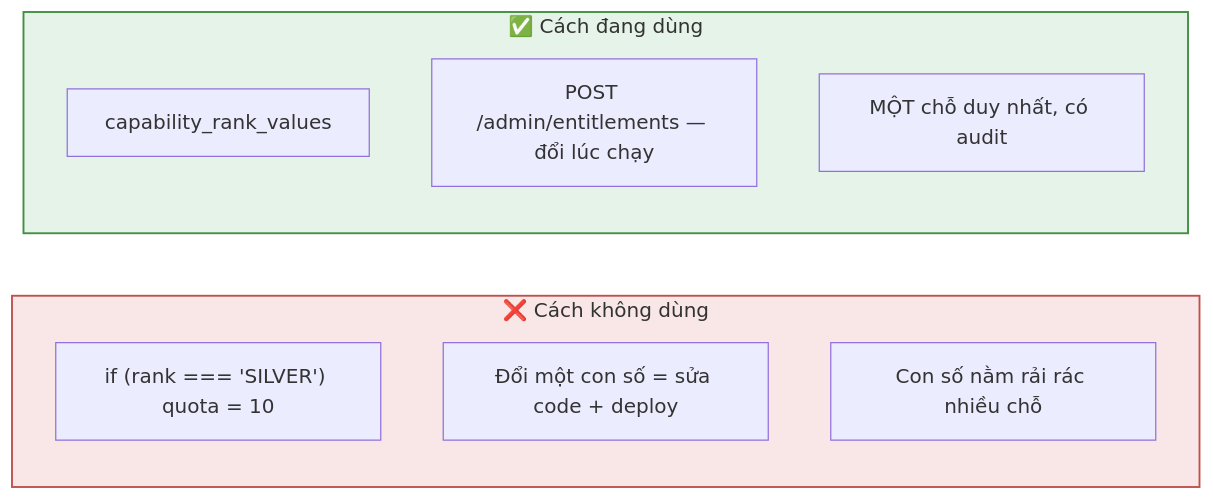
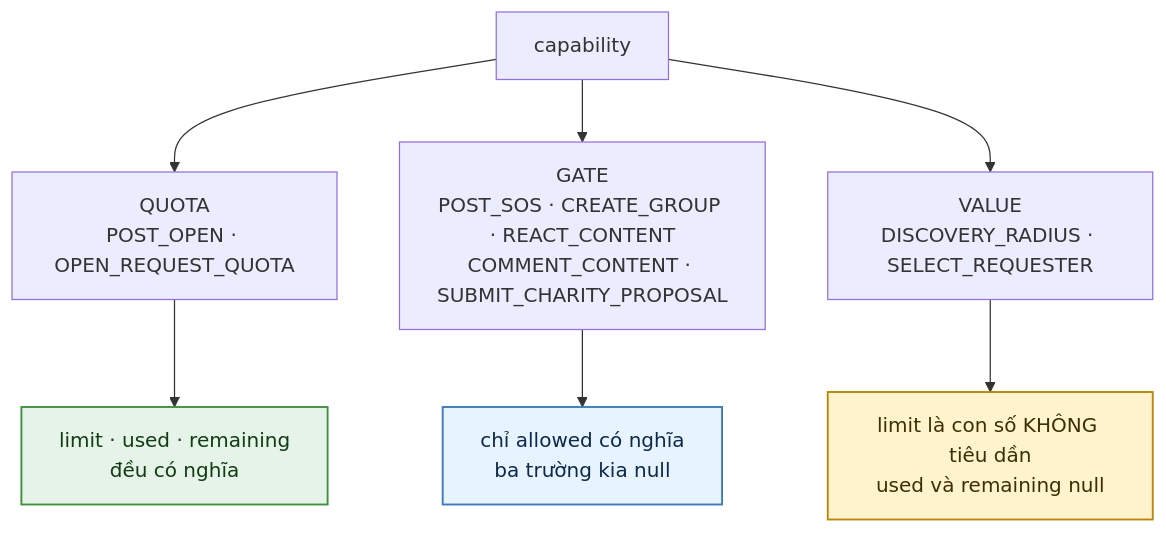
The second of 5 diagrams in docs/diagram/24-entitlement.md (fdshn/trueheart), drawn with Mermaid before and after one commit. The commit also changed other lines of this file and 26 other files, not shown here.

````diff
--- a/docs/diagram/24-entitlement.md
+++ b/docs/diagram/24-entitlement.md
@@ -23,16 +44,14 @@
 ```mermaid
-flowchart LR
-    subgraph X["❌ Cách không dùng"]
-        A1["if (rank === 'SILVER') quota = 10"]
-        A2["Đổi một con số = sửa code + deploy"]
-        A3["Con số nằm rải rác nhiều chỗ"]
-    end
-    subgraph Y["✅ Cách đang dùng"]
-        B1["capability_rank_values"]
-        B2["POST /admin/entitlements — đổi lúc chạy"]
-        B3["MỘT chỗ duy nhất, có audit"]
-    end
+flowchart TD
+    A["capability"] --> Q["QUOTA<br/>POST_OPEN · OPEN_REQUEST_QUOTA"]
+    A --> G["GATE<br/>POST_SOS · CREATE_GROUP · REACT_CONTENT<br/>COMMENT_CONTENT · SUBMIT_CHARITY_PROPOSAL"]
+    A --> V["VALUE<br/>DISCOVERY_RADIUS · SELECT_REQUESTER"]
 
-    style X fill:#d2464621,stroke:#c0504d,stroke-width:1.5px
-    style Y fill:#3ca05021,stroke:#3f8f3f,stroke-width:1.5px
+    Q --> Q1["limit · used · remaining<br/>đều có nghĩa"]
+    G --> G1["chỉ allowed có nghĩa<br/>ba trường kia null"]
+    V --> V1["limit là con số KHÔNG tiêu dần<br/>used và remaining null"]
+
+    style Q1 fill:#3ca05021,stroke:#3f8f3f,stroke-width:1.5px,color:#123d12
+    style G1 fill:#e7f3ff,stroke:#3d7ab8,stroke-width:1.5px,color:#0d2a4a
+    style V1 fill:#fff3cd,stroke:#b8860b,stroke-width:1.5px,color:#3d2f00
 ```
````
